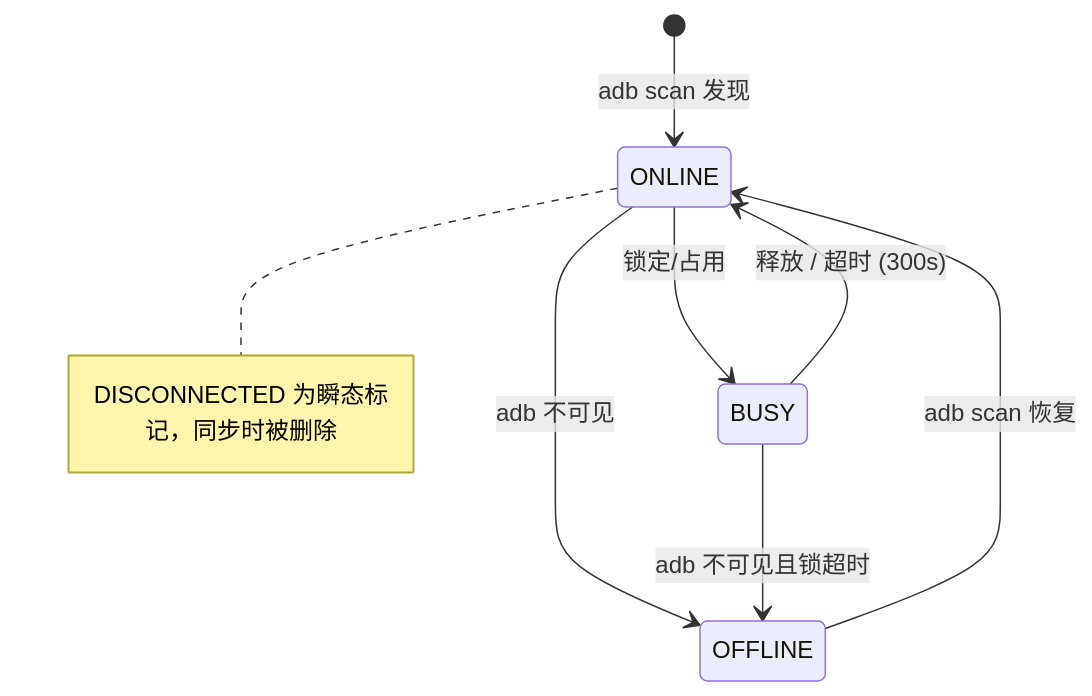
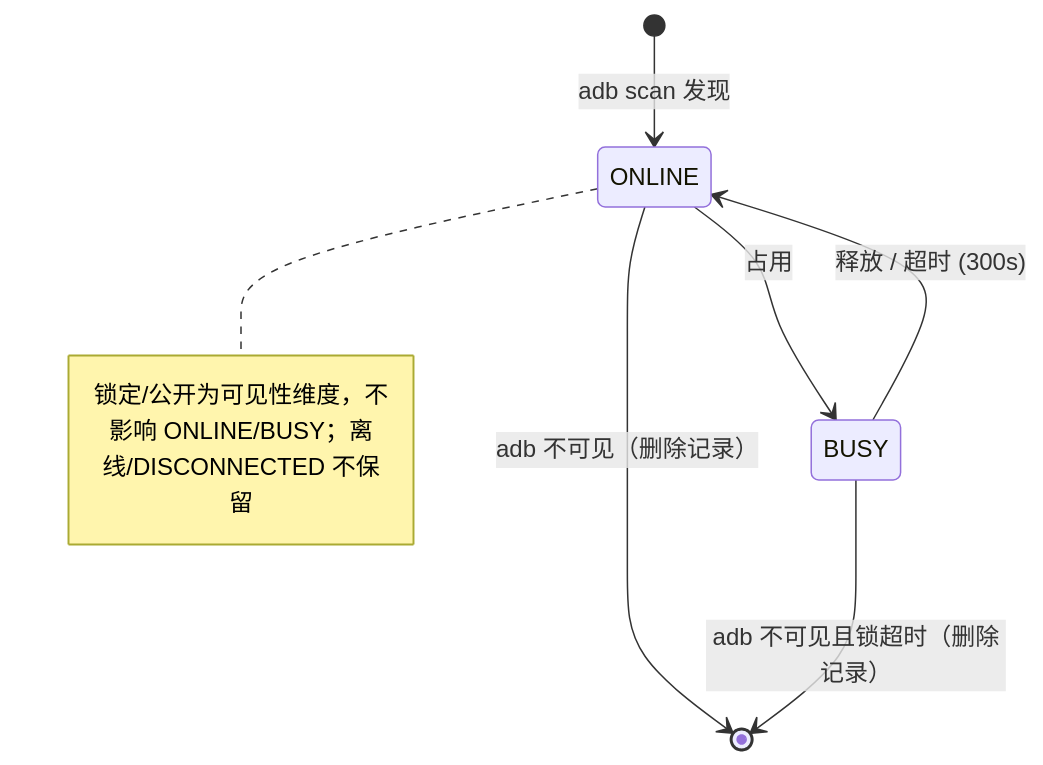
The sixth of 6 diagrams in dev_docs/03-设计与架构/ARCH-02-设备管理.md (Kahoku-lazy/Android-AutoTests), drawn with Mermaid before and after one commit. The commit also changed other lines of this file and 16 other files, not shown here.

````diff
--- a/dev_docs/03-设计与架构/ARCH-02-设备管理.md
+++ b/dev_docs/03-设计与架构/ARCH-02-设备管理.md
@@ -355,13 +334,12 @@
 ```mermaid
 stateDiagram-v2
     [*] --> ONLINE: adb scan 发现
-    OFFLINE --> ONLINE: adb scan 恢复
 
-    ONLINE --> BUSY: 锁定/占用
-    ONLINE --> OFFLINE: adb 不可见
+    ONLINE --> BUSY: 占用
+    ONLINE --> [*]: adb 不可见（删除记录）
 
     BUSY --> ONLINE: 释放 / 超时 (300s)
-    BUSY --> OFFLINE: adb 不可见且锁超时
+    BUSY --> [*]: adb 不可见且锁超时（删除记录）
 
-    note right of ONLINE: DISCONNECTED 为瞬态标记，同步时被删除
+    note right of ONLINE: 锁定/公开为可见性维度，不影响 ONLINE/BUSY；离线/DISCONNECTED 不保留
 ```
````
